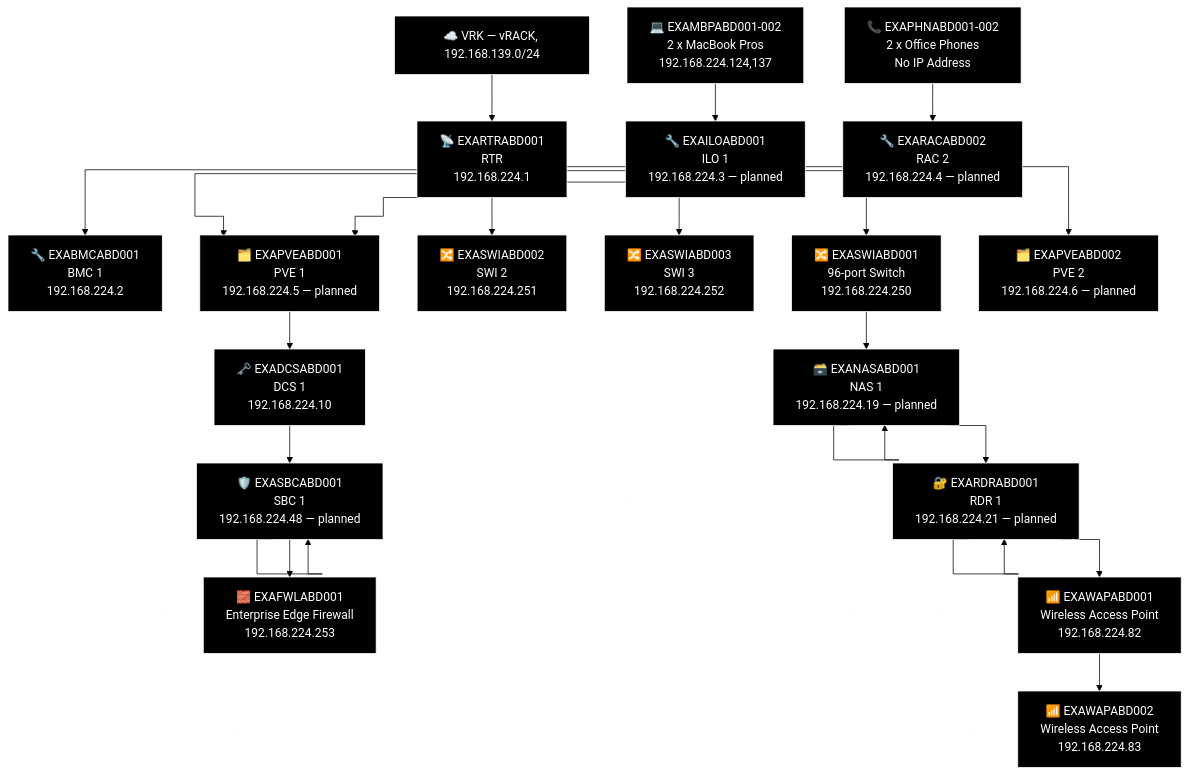
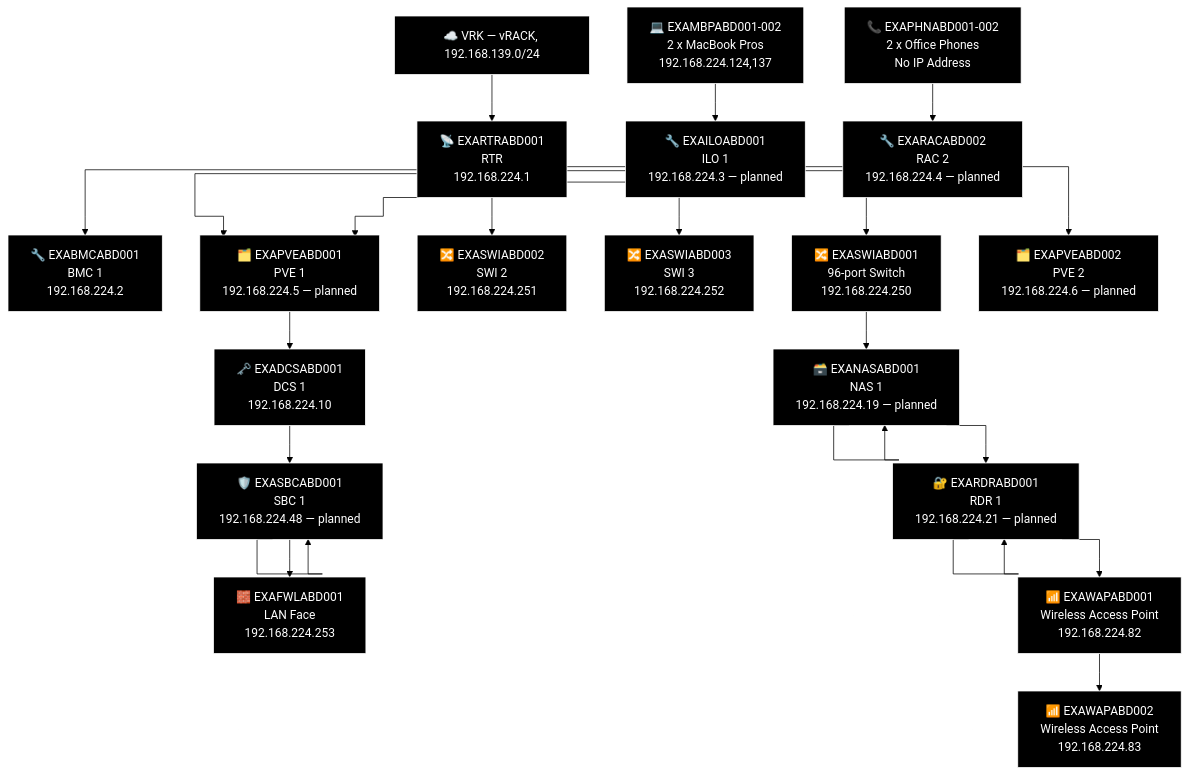
Diagram 21 of 21 in docs/network-diagram/scotland.md (knightmare2600/example_music_infra), drawn with Mermaid (forest theme) before and after one commit. The commit also changed other lines of this file and 9 other files, not shown here.

````diff
--- a/docs/network-diagram/scotland.md
+++ b/docs/network-diagram/scotland.md
@@ -1245,64 +1245,64 @@
 ```mermaid
 %% GENERATED:TOPOLOGY:ABD:START
 %%{init: {'flowchart': {'curve': 'stepAfter'}}}%%
 graph TD
     T_VRK["☁️ VRK — vRACK, 192.168.139.0/24"]
     T_RTR["📡 EXARTRABD001<br/>RTR<br/>192.168.224.1"]
     T_VRK --> T_RTR
     T_BMC["🔧 EXABMCABD001<br/>BMC 1<br/>192.168.224.2"]
     T_RTR --> T_BMC
     T_PVE["🗂️ EXAPVEABD001<br/>PVE 1<br/>192.168.224.5"]
     T_RTR --> T_PVE
     T_SWI["🔀 EXASWIABD002<br/>SWI 2<br/>192.168.224.251"]
     T_RTR --> T_SWI
     T_SWI2["🔀 EXASWIABD003<br/>SWI 3<br/>192.168.224.252"]
     T_RTR --> T_SWI2
     T_SWI3["🔀 EXASWIABD001<br/>96-port Switch<br/>192.168.224.250"]
     T_RTR --> T_SWI3
     T_PVE["🗂️ EXAPVEABD001<br/>PVE 1<br/>192.168.224.5 — planned"]
     T_RTR --> T_PVE
     T_PVE2["🗂️ EXAPVEABD002<br/>PVE 2<br/>192.168.224.6 — planned"]
     T_RTR --> T_PVE2
     T_NAS["🗃️ EXANASABD001<br/>NAS<br/>192.168.224.19"]
     T_NAS["🗃️ EXANASABD001<br/>NAS 1<br/>192.168.224.19 — planned"]
     T_RDR["🔐 EXARDRABD001<br/>RDR<br/>192.168.224.21"]
     T_RDR["🔐 EXARDRABD001<br/>RDR 1<br/>192.168.224.21 — planned"]
     T_WAP["📶 EXAWAPABD001<br/>Wireless Access Point<br/>192.168.224.82"]
     T_WAP2["📶 EXAWAPABD002<br/>Wireless Access Point<br/>192.168.224.83"]
     T_SWI3 --> T_NAS --> T_NAS --> T_RDR --> T_RDR --> T_WAP --> T_WAP2
     T_DCS["🗝️ EXADCSABD001<br/>DCS 1<br/>192.168.224.10"]
     T_SBC["🛡️ EXASBCABD001<br/>SBC<br/>192.168.224.48"]
     T_SBC["🛡️ EXASBCABD001<br/>SBC 1<br/>192.168.224.48 — planned"]
-    T_FWL["🧱 EXAFWLABD001<br/>Enterprise Edge Firewall<br/>192.168.224.253"]
+    T_FWL["🧱 EXAFWLABD001<br/>LAN Face<br/>192.168.224.253"]
     T_PVE --> T_DCS --> T_SBC --> T_SBC --> T_FWL
     T_OTH_MBP["💻 EXAMBPABD001-002<br/>2 x MacBook Pros<br/>192.168.224.124,137"]
     T_OTH_PHN["📞 EXAPHNABD001-002<br/>2 x Office Phones<br/>No IP Address"]
     T_ILO["🔧 EXAILOABD001<br/>ILO 1<br/>192.168.224.3 — planned"]
     T_RAC["🔧 EXARACABD002<br/>RAC 2<br/>192.168.224.4 — planned"]
     T_OTH_MBP --> T_ILO
     T_OTH_PHN --> T_RAC
     style T_VRK fill:#000000,stroke:#FFFFFF,color:#FFFFFF
     style T_RTR fill:#000000,stroke:#FFFFFF,color:#FFFFFF
     style T_BMC fill:#000000,stroke:#FFFFFF,color:#FFFFFF
     style T_PVE fill:#000000,stroke:#FFFFFF,color:#FFFFFF
     style T_SWI fill:#000000,stroke:#FFFFFF,color:#FFFFFF
     style T_SWI2 fill:#000000,stroke:#FFFFFF,color:#FFFFFF
     style T_SWI3 fill:#000000,stroke:#FFFFFF,color:#FFFFFF
     style T_PVE fill:#000000,stroke:#FFFFFF,color:#FFFFFF
     style T_PVE2 fill:#000000,stroke:#FFFFFF,color:#FFFFFF
     style T_NAS fill:#000000,stroke:#FFFFFF,color:#FFFFFF
     style T_NAS fill:#000000,stroke:#FFFFFF,color:#FFFFFF
     style T_RDR fill:#000000,stroke:#FFFFFF,color:#FFFFFF
     style T_RDR fill:#000000,stroke:#FFFFFF,color:#FFFFFF
     style T_WAP fill:#000000,stroke:#FFFFFF,color:#FFFFFF
     style T_WAP2 fill:#000000,stroke:#FFFFFF,color:#FFFFFF
     style T_DCS fill:#000000,stroke:#FFFFFF,color:#FFFFFF
     style T_SBC fill:#000000,stroke:#FFFFFF,color:#FFFFFF
     style T_SBC fill:#000000,stroke:#FFFFFF,color:#FFFFFF
     style T_FWL fill:#000000,stroke:#FFFFFF,color:#FFFFFF
     style T_OTH_MBP fill:#000000,stroke:#FFFFFF,color:#FFFFFF
     style T_OTH_PHN fill:#000000,stroke:#FFFFFF,color:#FFFFFF
     style T_ILO fill:#000000,stroke:#FFFFFF,color:#FFFFFF
     style T_RAC fill:#000000,stroke:#FFFFFF,color:#FFFFFF
 %% GENERATED:TOPOLOGY:ABD:END
 ```
````
